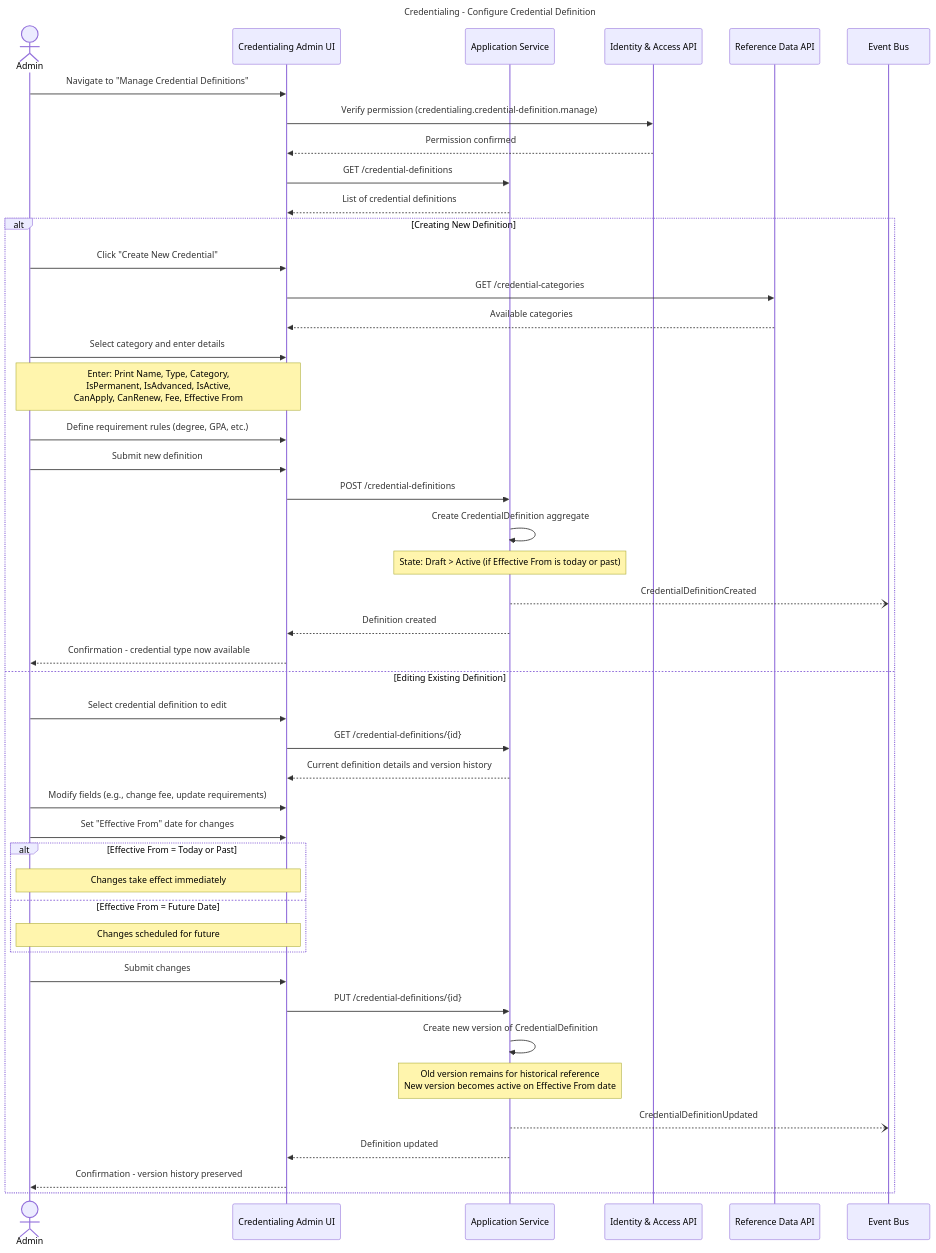
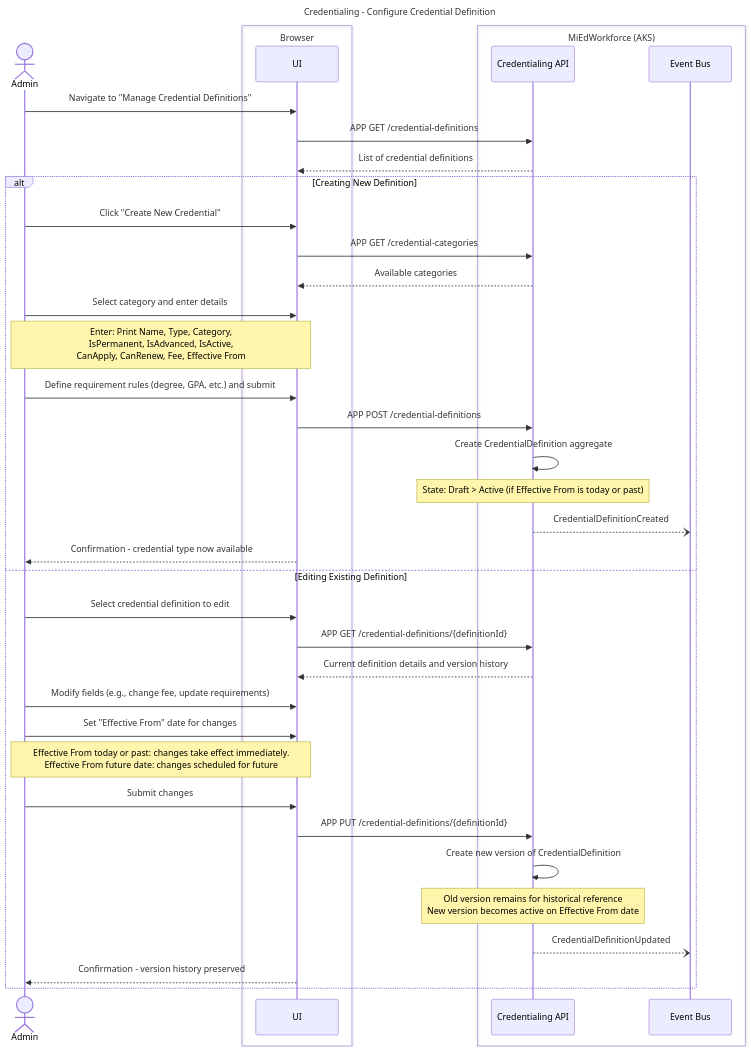
One commit to mnichols-dl/mied-design changed diagram 18 of 23 in working-docs/solution-areas/credentialing/credentialing-sequences.md. Above: the diagram before and after it, drawn with Mermaid. The commit also changed other lines of this file and 34 other files, not shown here.

Commit message:
Update sequences and perform RTM assessment

````diff
--- a/working-docs/solution-areas/credentialing/credentialing-sequences.md
+++ b/working-docs/solution-areas/credentialing/credentialing-sequences.md
@@ -961,63 +1109,53 @@
 ```mermaid
 ---
 title: Credentialing - Configure Credential Definition
 ---
 sequenceDiagram
     actor Admin
-    participant UI as Credentialing Admin UI
-    participant AppService as Application Service
-    participant IAM as Identity & Access API
-    participant RefData as Reference Data API
-    participant EventBus as Event Bus
-    
+    box Browser
+        participant UI
+    end
+    box MiEdWorkforce (AKS)
+        participant CredApi as Credentialing API
+        participant EventBus as Event Bus
+    end
+
     Admin->>UI: Navigate to "Manage Credential Definitions"
-    UI->>IAM: Verify permission (credentialing.credential-definition.manage)
-    IAM-->>UI: Permission confirmed
-    
-    UI->>AppService: GET /credential-definitions
-    AppService-->>UI: List of credential definitions
-    
+    UI->>CredApi: APP GET /credential-definitions
+    CredApi-->>UI: List of credential definitions
+
     alt Creating New Definition
         Admin->>UI: Click "Create New Credential"
-        UI->>RefData: GET /credential-categories
-        RefData-->>UI: Available categories
-        
+        UI->>CredApi: APP GET /credential-categories
+        CredApi-->>UI: Available categories
+
         Admin->>UI: Select category and enter details
         Note over Admin,UI: Enter: Print Name, Type, Category,<br/>IsPermanent, IsAdvanced, IsActive,<br/>CanApply, CanRenew, Fee, Effective From
-        
-        Admin->>UI: Define requirement rules (degree, GPA, etc.)
-        Admin->>UI: Submit new definition
-        
-        UI->>AppService: POST /credential-definitions
-        AppService->>AppService: Create CredentialDefinition aggregate
-        Note over AppService: State: Draft > Active (if Effective From is today or past)
-        
-        AppService--)EventBus: CredentialDefinitionCreated
-        AppService-->>UI: Definition created
+
+        Admin->>UI: Define requirement rules (degree, GPA, etc.) and submit
+        UI->>CredApi: APP POST /credential-definitions
+        CredApi->>CredApi: Create CredentialDefinition aggregate
+        Note over CredApi: State: Draft > Active (if Effective From is today or past)
+
+        CredApi--)EventBus: CredentialDefinitionCreated
         UI-->>Admin: Confirmation - credential type now available
-        
+
     else Editing Existing Definition
         Admin->>UI: Select credential definition to edit
-        UI->>AppService: GET /credential-definitions/{id}
-        AppService-->>UI: Current definition details and version history
-        
+        UI->>CredApi: APP GET /credential-definitions/{definitionId}
+        CredApi-->>UI: Current definition details and version history
+
         Admin->>UI: Modify fields (e.g., change fee, update requirements)
         Admin->>UI: Set "Effective From" date for changes
-        
-        alt Effective From = Today or Past
-            Note over Admin,UI: Changes take effect immediately
-        else Effective From = Future Date
-            Note over Admin,UI: Changes scheduled for future
-        end
-        
+        Note over Admin,UI: Effective From today or past: changes take effect immediately.<br/>Effective From future date: changes scheduled for future
+
         Admin->>UI: Submit changes
-        UI->>AppService: PUT /credential-definitions/{id}
-        
-        AppService->>AppService: Create new version of CredentialDefinition
-        Note over AppService: Old version remains for historical reference<br/>New version becomes active on Effective From date
-        
-        AppService--)EventBus: CredentialDefinitionUpdated
-        AppService-->>UI: Definition updated
+        UI->>CredApi: APP PUT /credential-definitions/{definitionId}
+
+        CredApi->>CredApi: Create new version of CredentialDefinition
+        Note over CredApi: Old version remains for historical reference<br/>New version becomes active on Effective From date
+
+        CredApi--)EventBus: CredentialDefinitionUpdated
         UI-->>Admin: Confirmation - version history preserved
     end
 ```
````
